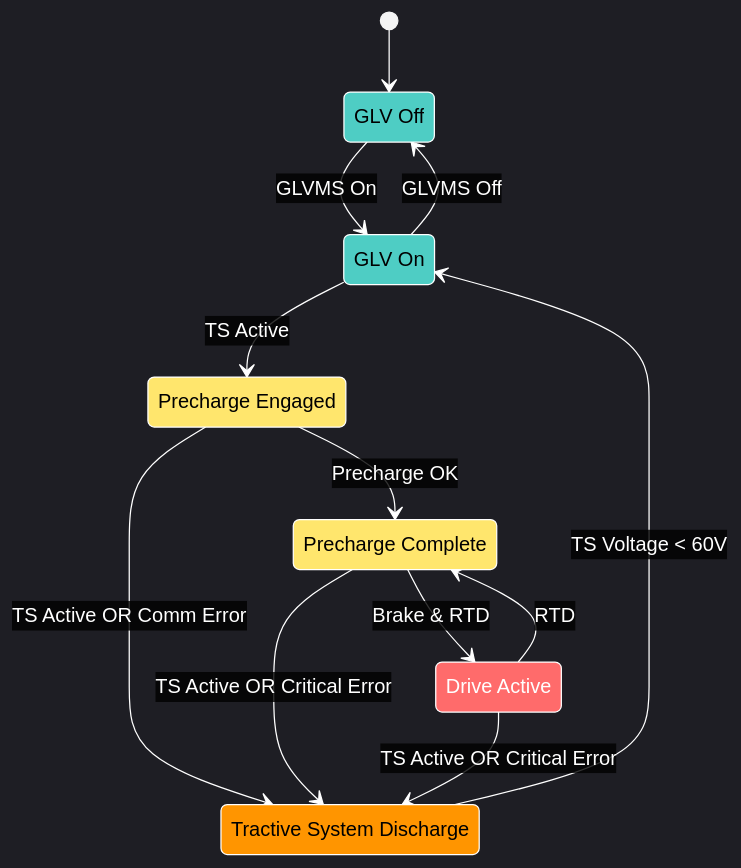
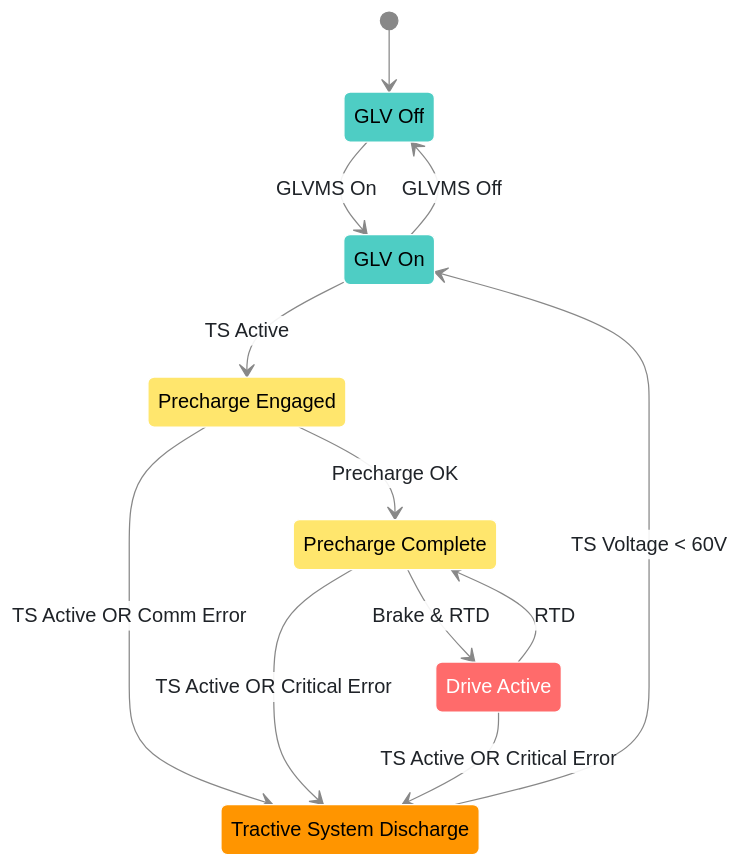
One commit to Gaucho-Racing/Firmware changed the diagram in Lib/GlobalShare/StateMachine.md. Above: the diagram before and after it, drawn with Mermaid.

Commit message:
Update state machine diagram theme variables for improved readability

````diff
--- a/Lib/GlobalShare/StateMachine.md
+++ b/Lib/GlobalShare/StateMachine.md
@@ -9,65 +9,68 @@
 ```mermaid
 %%{init: {
-  'theme': 'dark',
+  'theme': 'base',
   'themeVariables': {
     'primaryColor': '#ff6b6b',
-    'primaryTextColor': '#ffffff',
-    'primaryBorderColor': '#ff6b6b',
-    'lineColor': '#ffffff',
-    'edgeLabelBackground': 'rgba(0,0,0,0.8)',
-    'transitionColor': '#ffffff',
-    'transitionLabelColor': '#ffffff',
+    'primaryTextColor': '#1f2328',
+    'primaryBorderColor': '#888888',
+    'lineColor': '#888888',
+    'edgeLabelBackground': 'rgba(255,255,255,0.9)',
+    'transitionColor': '#888888',
+    'transitionLabelColor': '#1f2328',
     'secondaryColor': '#4ecdc4',
     'tertiaryColor': '#ffe66d',
-    'darkMode': true
+    'background': 'transparent',
+    'mainBkg': 'transparent',
+    'secondBkg': 'transparent',
+    'tertiaryBkg': 'transparent'
   }
 }}%%
 
 stateDiagram
 
     [*] --> GLV_Off
 
     %% Main horizontal flow (top row)
     GLV_Off --> GLV_On : GLVMS On
     GLV_On --> GLV_Off : GLVMS Off
     GLV_On --> Precharge_Engaged : TS Active
     Precharge_Engaged --> Precharge_Complete : Precharge OK
     Precharge_Complete --> Drive_Active : Brake & RTD
 
     %% Normal Operation Cycle (horizontal)
     Drive_Active --> Precharge_Complete : RTD
 
     %% Discharge state positioned below
     GLV_Off
     GLV_On
     Precharge_Engaged
     Precharge_Complete
     Drive_Active
     Tractive_System_Discharge
 
     %% Downward transitions to discharge
     Precharge_Engaged --> Tractive_System_Discharge : TS Active OR Comm Error
     Precharge_Complete --> Tractive_System_Discharge : TS Active OR Critical Error
     Drive_Active --> Tractive_System_Discharge : TS Active OR Critical Error
 
     %% Return upward from discharge
     Tractive_System_Discharge --> GLV_On : TS Voltage < 60V
 
     %% State Descriptions
     GLV_Off : GLV Off
     GLV_On : GLV On
     Precharge_Engaged : Precharge Engaged
     Precharge_Complete : Precharge Complete
     Drive_Active : Drive Active
     Tractive_System_Discharge : Tractive System Discharge
 
     classDef safeState fill:#4ecdc4,stroke:#ffffff,stroke-width:1px,color:#000
     classDef hvState fill:#ff6b6b,stroke:#ffffff,stroke-width:1px,color:#fff
     classDef transitionState fill:#ffe66d,stroke:#ffffff,stroke-width:1px,color:#000
     classDef dischargeState fill:#ff9500,stroke:#ffffff,stroke-width:1px,color:#000
 
     class GLV_Off,GLV_On safeState
     class Drive_Active hvState
     class Precharge_Engaged,Precharge_Complete transitionState
     class Tractive_System_Discharge dischargeState
 ```
````
